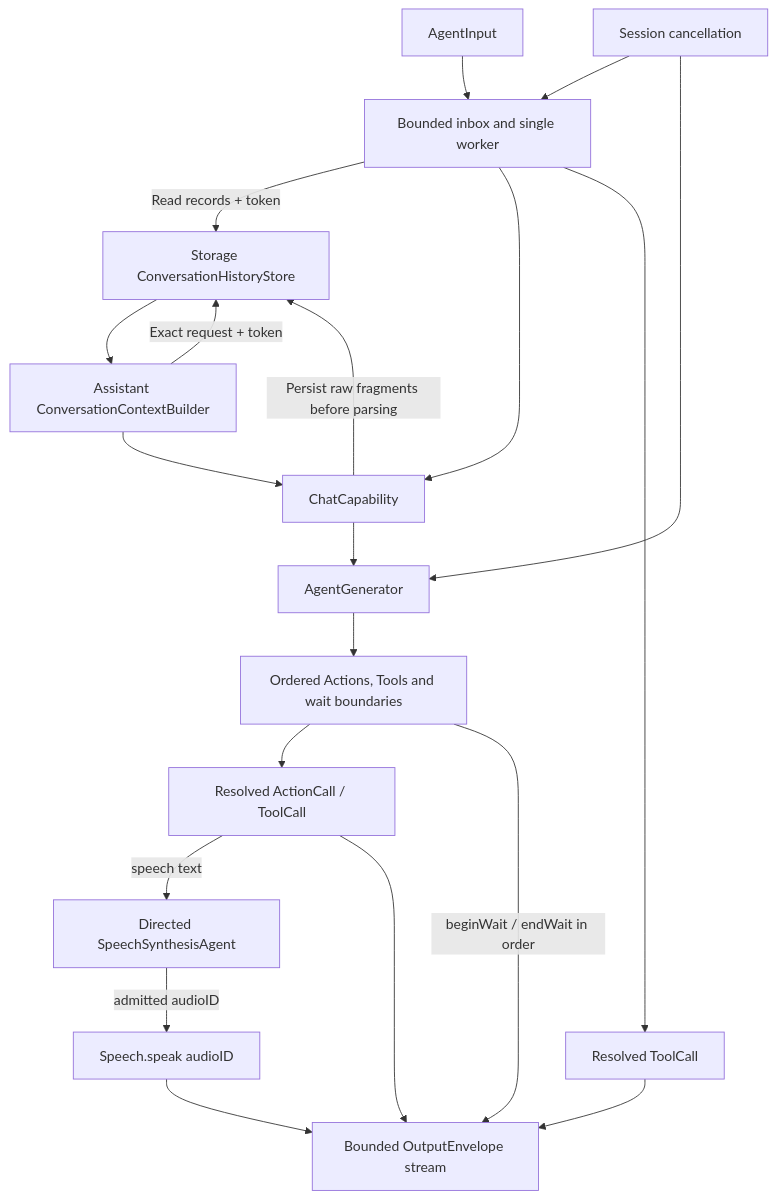
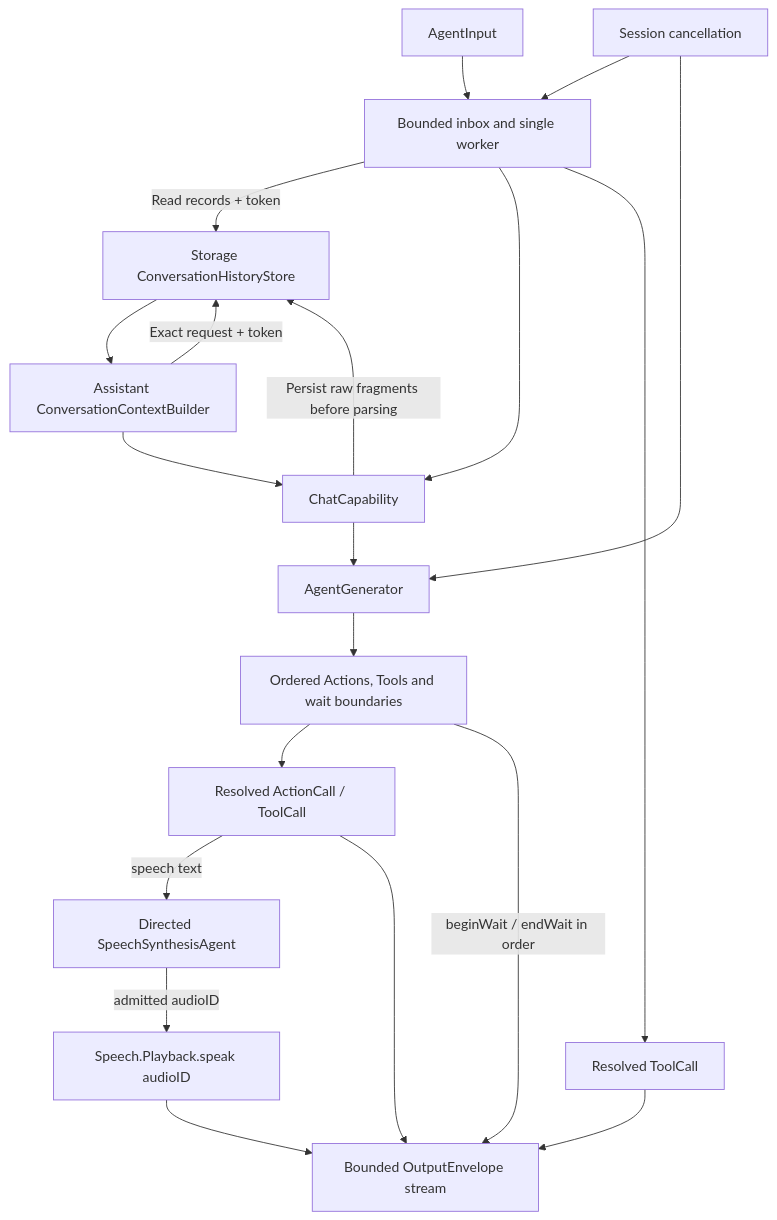
One commit to devilyouwei/MobileHarness changed the first of 5 diagrams in MobileHarness/Agents/Assistant/README.md. Above: the diagram before and after it, drawn with Mermaid. The commit also changed other lines of this file and 238 other files, not shown here.

````diff
--- a/MobileHarness/Agents/Assistant/README.md
+++ b/MobileHarness/Agents/Assistant/README.md
@@ -15,22 +15,22 @@
 ```mermaid
 flowchart TD
     Input[AgentInput] --> Queue[Bounded inbox and single worker]
     Queue -->|Read records + token| History[Storage ConversationHistoryStore]
     History --> Builder[Assistant ConversationContextBuilder]
     Builder -->|Exact request + token| History
     Builder --> Model[ChatCapability]
     Queue --> Model
     Model -->|Persist raw fragments before parsing| History
     Model --> Parser[AgentGenerator]
     Parser --> Events[Ordered Actions, Tools and wait boundaries]
     Events --> Calls[Resolved ActionCall / ToolCall]
     Events -->|beginWait / endWait in order| Stream
     Calls -->|speech text| Synthesis[Directed SpeechSynthesisAgent]
-    Synthesis -->|admitted audioID| Playback[Speech.speak audioID]
+    Synthesis -->|admitted audioID| Playback[Speech.Playback.speak audioID]
     Playback --> Stream
     Queue --> Tool[Resolved ToolCall]
     Calls --> Stream[Bounded OutputEnvelope stream]
     Tool --> Stream
     Cancel[Session cancellation] --> Queue
     Cancel --> Parser
 ```
````
